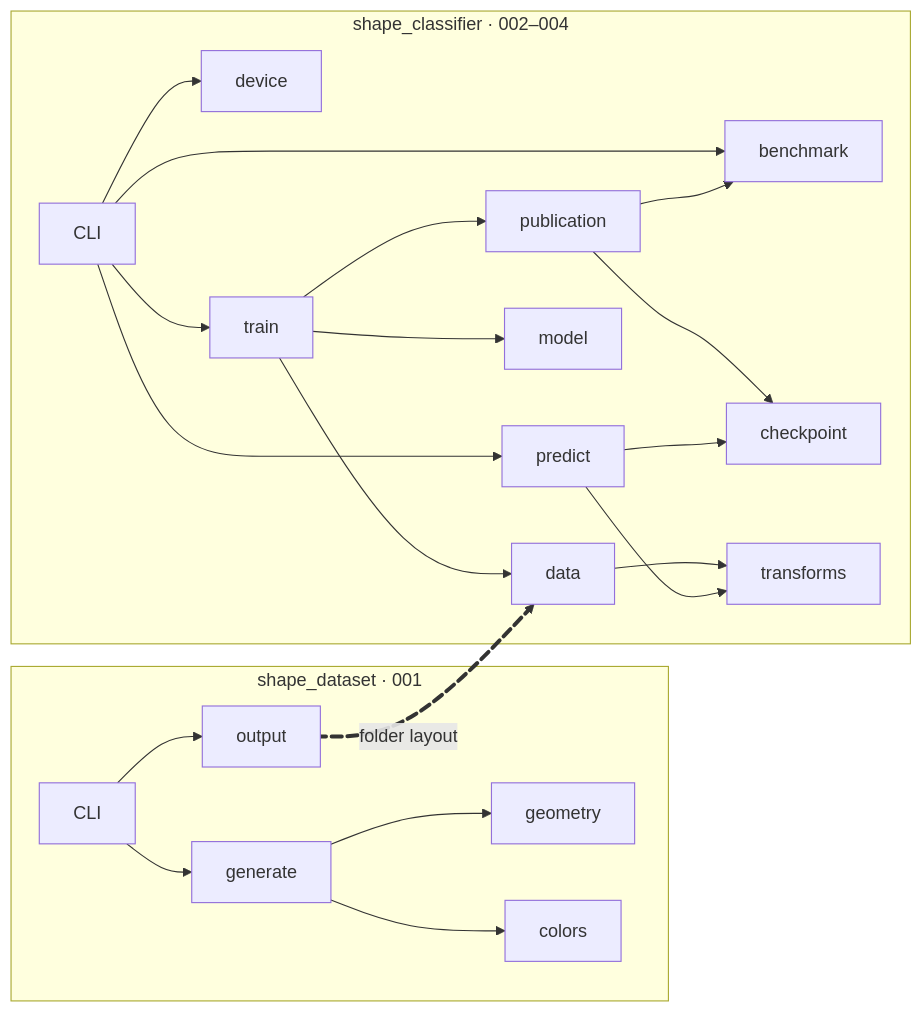
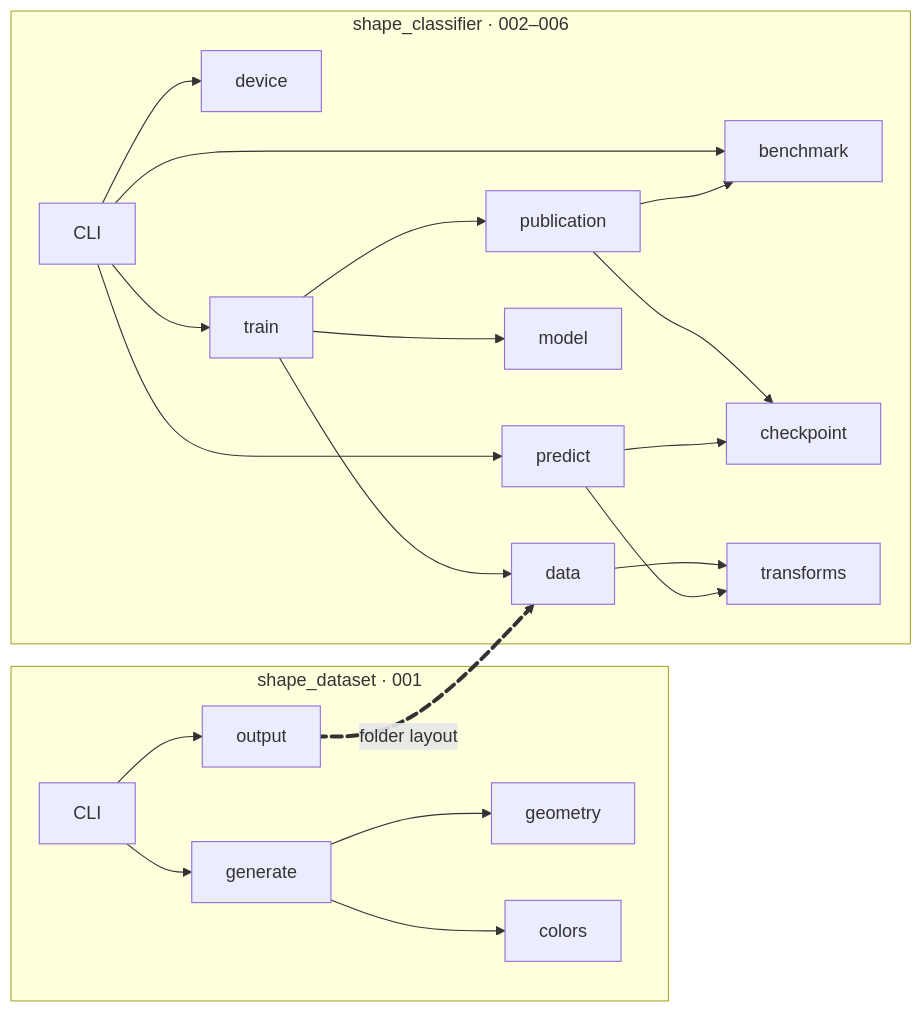
The seventh of 15 diagrams in CNN/image_classification/docs/hld/slides.md (nal/ML), drawn with Mermaid before and after one commit. The commit also changed other lines of this file and 1 other file, not shown here.

````diff
--- a/CNN/image_classification/docs/hld/slides.md
+++ b/CNN/image_classification/docs/hld/slides.md
@@ -210,25 +214,25 @@
 ```mermaid {scale: 0.65}
 flowchart LR
   subgraph ds["shape_dataset · 001"]
     dmain["CLI"] --> dgen[generate]
     dgen --> dgeo[geometry]
     dgen --> dcol[colors]
     dmain --> dout["output"]
   end
-  subgraph sc["shape_classifier · 002–004"]
+  subgraph sc["shape_classifier · 002–006"]
     cmain["CLI"] --> cdev[device]
     cmain --> ctrain[train]
     cmain --> cpred[predict]
     cmain --> cbench[benchmark]
     ctrain --> cdata[data]
     ctrain --> cmodel[model]
     ctrain --> cpub[publication]
     cpub --> cckpt[checkpoint]
     cpub --> cbench
     cpred --> cckpt
     cdata --> ctf[transforms]
     cpred --> ctf
   end
   dout e1@==>|folder layout| cdata
   e1@{ animate: true }
 ```
````
